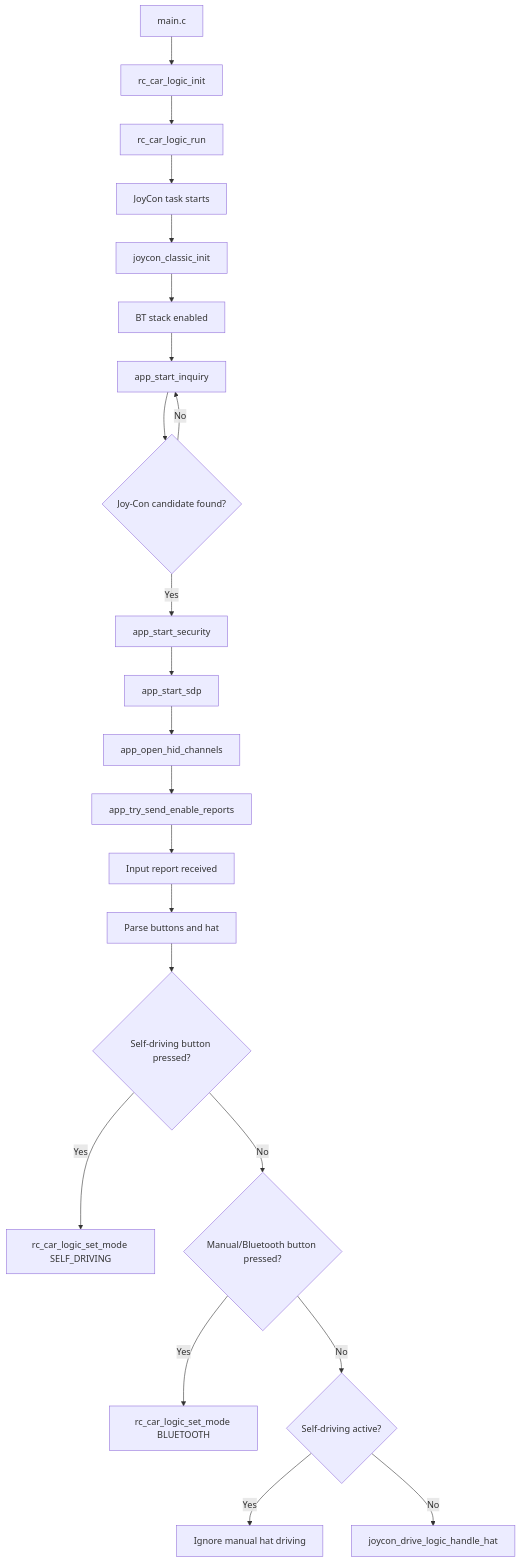
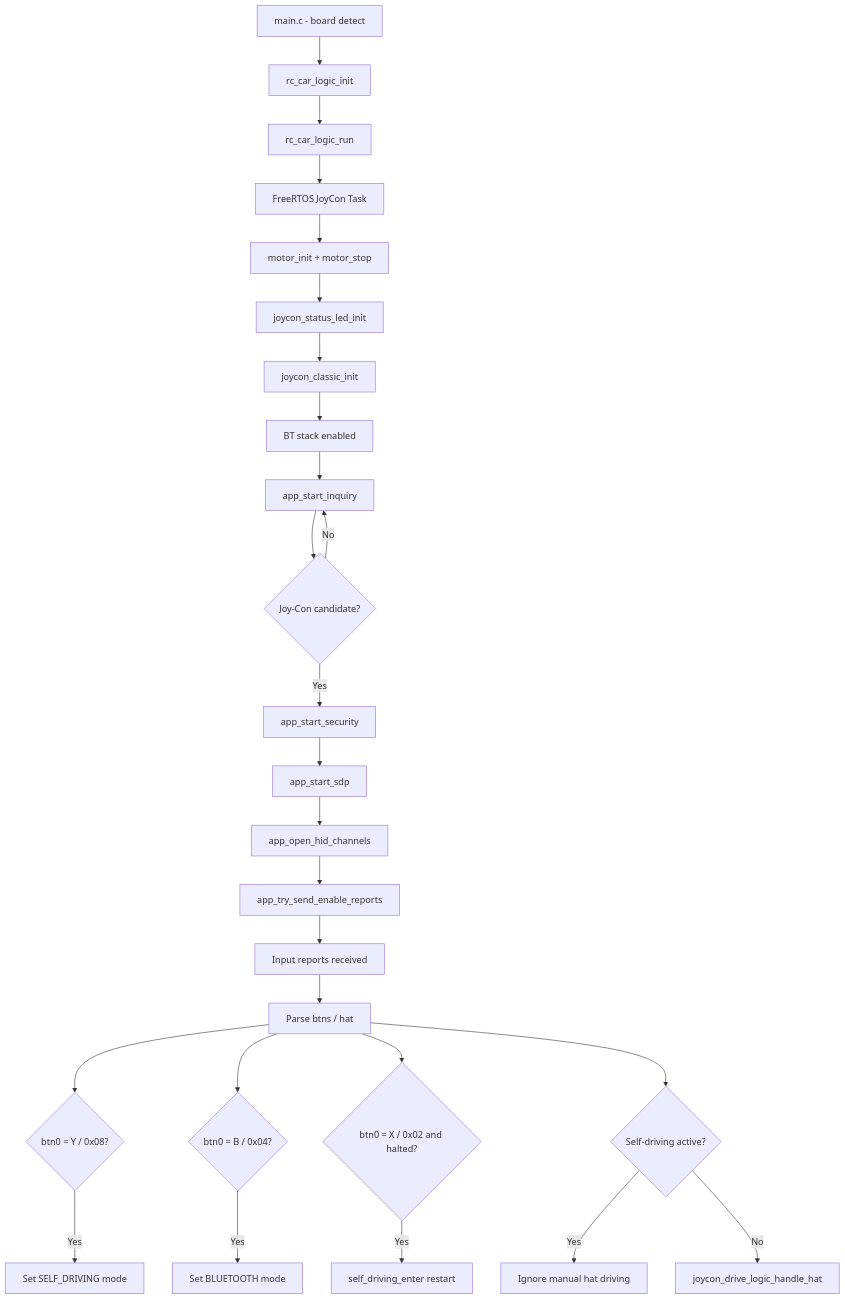
Before and after one commit to Anish-Pun/2EAI-PEN-2526-AGV: the diagram in docs/en/joycon_en.md, drawn with Mermaid. The commit also changed other lines of this file and 4 other files, not shown here.

````diff
--- a/docs/en/joycon_en.md
+++ b/docs/en/joycon_en.md
@@ -73,24 +122,28 @@
 ```mermaid
 flowchart TD
-    A[main.c] --> B[rc_car_logic_init]
+    A[main.c - board detect] --> B[rc_car_logic_init]
     B --> C[rc_car_logic_run]
-    C --> D[JoyCon task starts]
-    D --> E[joycon_classic_init]
-    E --> F[BT stack enabled]
-    F --> G[app_start_inquiry]
-    G --> H{Joy-Con candidate found?}
-    H -- No --> G
-    H -- Yes --> I[app_start_security]
-    I --> J[app_start_sdp]
-    J --> K[app_open_hid_channels]
-    K --> L[app_try_send_enable_reports]
-    L --> M[Input report received]
-    M --> N[Parse buttons and hat]
-    N --> O{Self-driving button pressed?}    
-    O -- Yes --> P[rc_car_logic_set_mode SELF_DRIVING]
-    O -- No  --> Q{Manual/Bluetooth button pressed?}   
-    Q -- Yes --> R[rc_car_logic_set_mode BLUETOOTH]
-    Q -- No  --> S{Self-driving active?}             
-    S -- Yes --> T[Ignore manual hat driving]
-    S -- No  --> U[joycon_drive_logic_handle_hat]
+    C --> D[FreeRTOS JoyCon Task]
+    D --> E[motor_init + motor_stop]
+    E --> F[joycon_status_led_init]
+    F --> G[joycon_classic_init]
+    G --> H[BT stack enabled]
+    H --> I[app_start_inquiry]
+    I --> J{Joy-Con candidate?}
+    J -- No --> I
+    J -- Yes --> K[app_start_security]
+    K --> L[app_start_sdp]
+    L --> M[app_open_hid_channels]
+    M --> N[app_try_send_enable_reports]
+    N --> O[Input reports received]
+    O --> P[Parse btns / hat]
+    P --> Q{btn0 = Y / 0x08? }
+    Q -- Yes --> R[Set SELF_DRIVING mode]
+    P --> S{btn0 =  B / 0x04?}
+    S -- Yes --> T[Set BLUETOOTH mode]
+    P --> U{btn0 = X / 0x02 and halted?}
+    U -- Yes --> V[self_driving_enter restart]
+    P --> W{Self-driving active?}
+    W -- Yes --> X[Ignore manual hat driving]
+    W -- No --> z[joycon_drive_logic_handle_hat]
 ```
````
